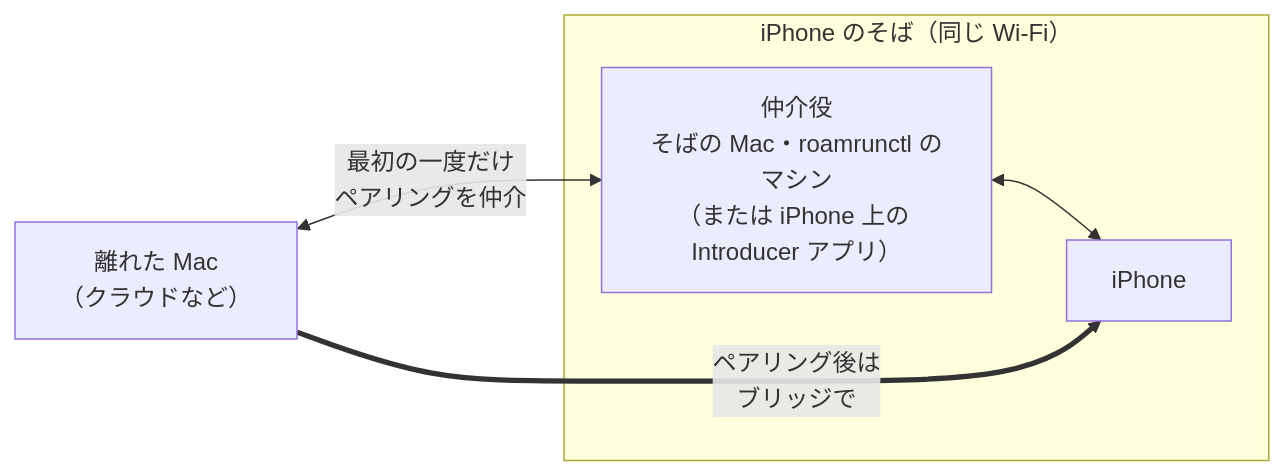
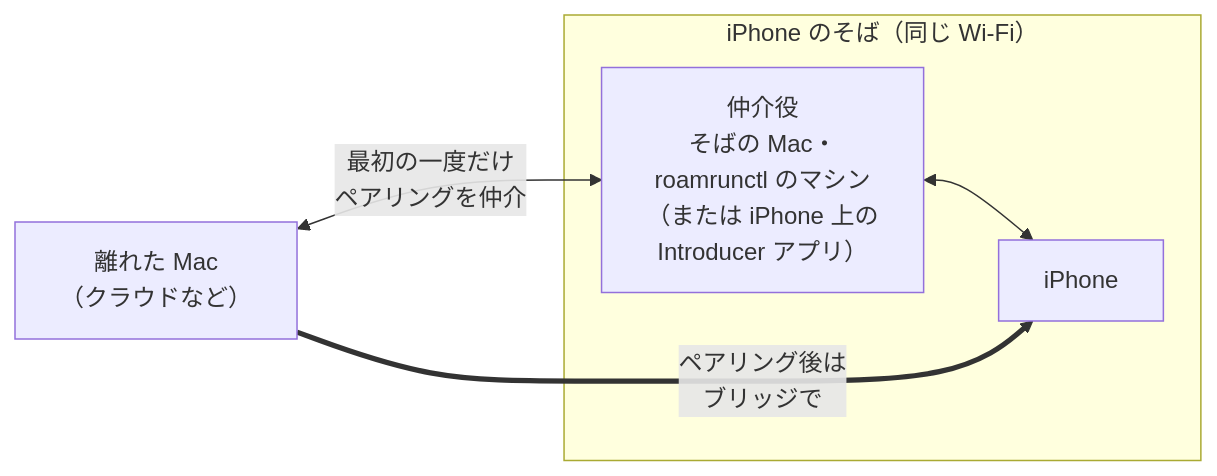
One commit to mh-mobile/zenn_docs changed the third of 13 diagrams in articles/4380fe7546a237.md. Above: the diagram before and after it, drawn with Mermaid. The commit also changed other lines of this file, not shown here.

Commit message:
RoamRunの記事：図の箱の折り返しを直す

````diff
--- a/articles/4380fe7546a237.md
+++ b/articles/4380fe7546a237.md
@@ -148,10 +148,10 @@
 ```mermaid
 flowchart LR
   cloud["離れた Mac<br/>（クラウドなど）"]
   subgraph near["iPhone のそば（同じ Wi-Fi）"]
-    helper["仲介役<br/>そばの Mac・roamrunctl のマシン<br/>（または iPhone 上の Introducer アプリ）"]
+    helper["仲介役<br/>そばの Mac・<br/>roamrunctl のマシン<br/>（または iPhone 上の<br/>Introducer アプリ）"]
     iphone["iPhone"]
   end
   cloud <-- "最初の一度だけ<br/>ペアリングを仲介" --> helper <--> iphone
   cloud == "ペアリング後は<br/>ブリッジで" ==> iphone
 ```
````
